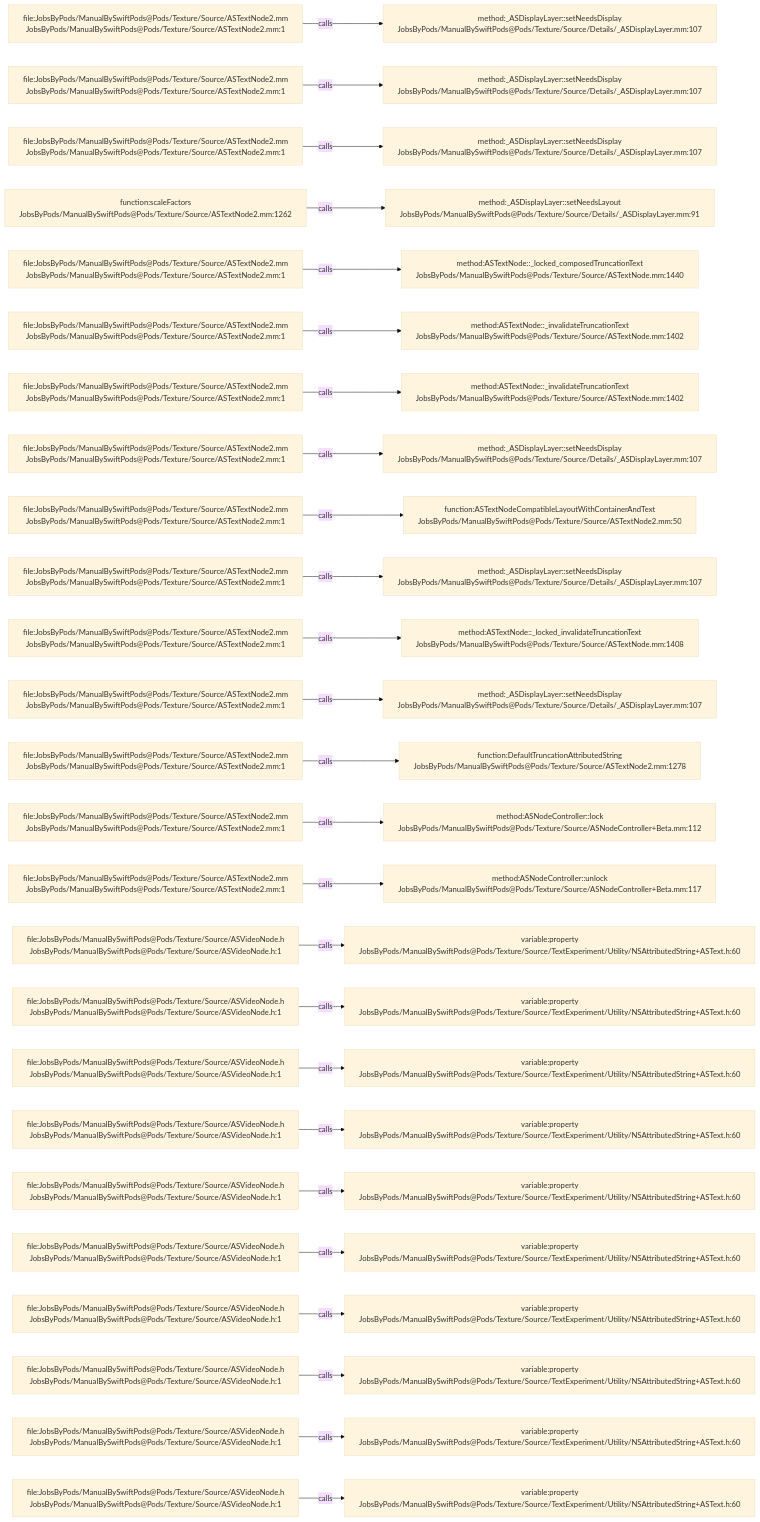
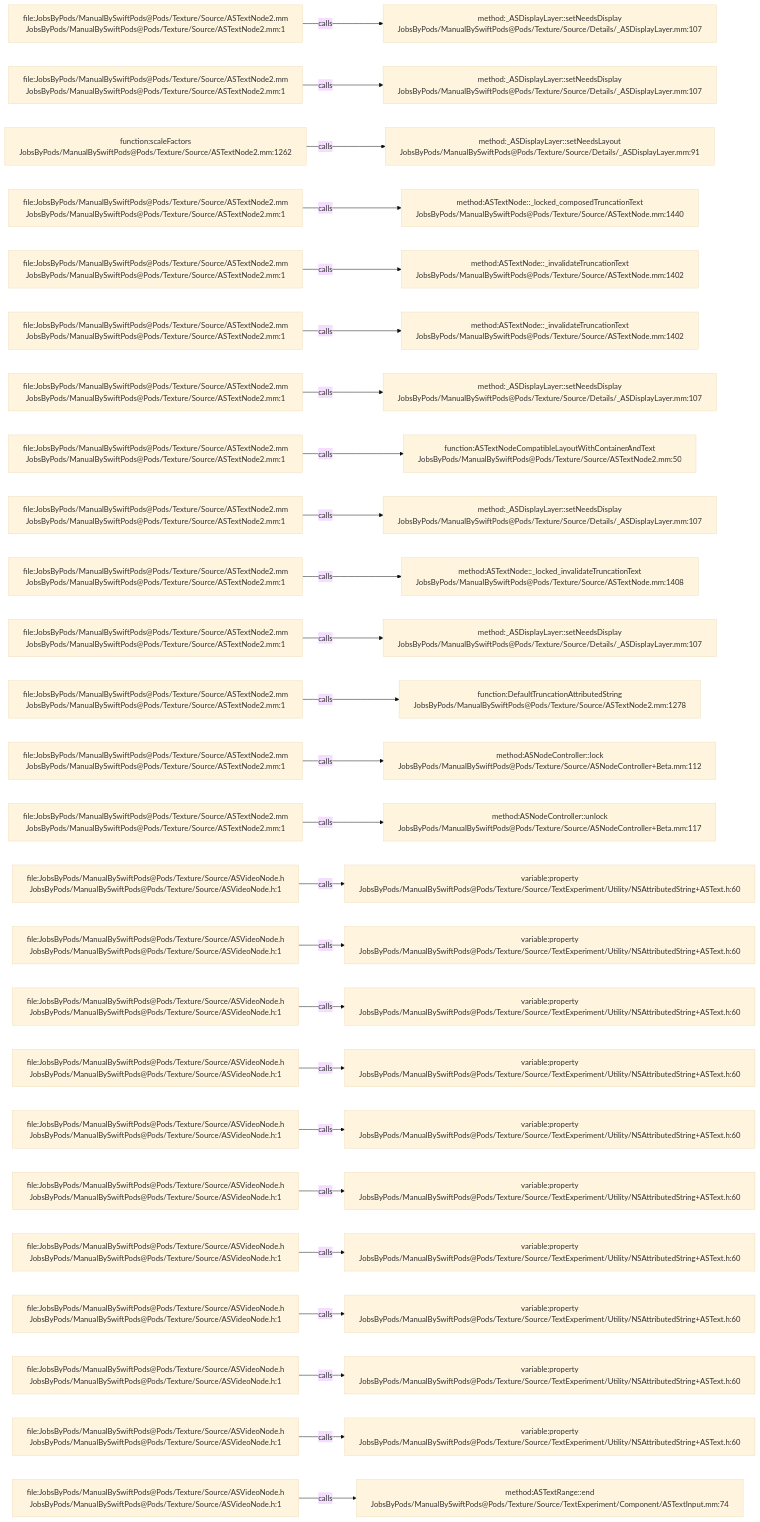
Before and after one commit to JobsKits/JobsSwiftBaseConfigDemo: the diagram in .codegraph/codegraph.md/graphs/calls-073.md, drawn with Mermaid (base theme). The commit also changed 747 other files, not shown here.

````diff
--- a/.codegraph/codegraph.md/graphs/calls-073.md
+++ b/.codegraph/codegraph.md/graphs/calls-073.md
@@ -13,78 +13,78 @@
 ```mermaid
 flowchart LR
   S1["file:JobsByPods/ManualBySwiftPods@Pods/Texture/Source/ASTextNode2.mm<br/>JobsByPods/ManualBySwiftPods@Pods/Texture/Source/ASTextNode2.mm:1"]
   T1["method:_ASDisplayLayer::setNeedsDisplay<br/>JobsByPods/ManualBySwiftPods@Pods/Texture/Source/Details/_ASDisplayLayer.mm:107"]
   S1 -->|calls| T1
   S2["file:JobsByPods/ManualBySwiftPods@Pods/Texture/Source/ASTextNode2.mm<br/>JobsByPods/ManualBySwiftPods@Pods/Texture/Source/ASTextNode2.mm:1"]
   T2["method:_ASDisplayLayer::setNeedsDisplay<br/>JobsByPods/ManualBySwiftPods@Pods/Texture/Source/Details/_ASDisplayLayer.mm:107"]
   S2 -->|calls| T2
-  S3["file:JobsByPods/ManualBySwiftPods@Pods/Texture/Source/ASTextNode2.mm<br/>JobsByPods/ManualBySwiftPods@Pods/Texture/Source/ASTextNode2.mm:1"]
-  T3["method:_ASDisplayLayer::setNeedsDisplay<br/>JobsByPods/ManualBySwiftPods@Pods/Texture/Source/Details/_ASDisplayLayer.mm:107"]
+  S3["function:scaleFactors<br/>JobsByPods/ManualBySwiftPods@Pods/Texture/Source/ASTextNode2.mm:1262"]
+  T3["method:_ASDisplayLayer::setNeedsLayout<br/>JobsByPods/ManualBySwiftPods@Pods/Texture/Source/Details/_ASDisplayLayer.mm:91"]
   S3 -->|calls| T3
-  S4["function:scaleFactors<br/>JobsByPods/ManualBySwiftPods@Pods/Texture/Source/ASTextNode2.mm:1262"]
-  T4["method:_ASDisplayLayer::setNeedsLayout<br/>JobsByPods/ManualBySwiftPods@Pods/Texture/Source/Details/_ASDisplayLayer.mm:91"]
+  S4["file:JobsByPods/ManualBySwiftPods@Pods/Texture/Source/ASTextNode2.mm<br/>JobsByPods/ManualBySwiftPods@Pods/Texture/Source/ASTextNode2.mm:1"]
+  T4["method:ASTextNode::_locked_composedTruncationText<br/>JobsByPods/ManualBySwiftPods@Pods/Texture/Source/ASTextNode.mm:1440"]
   S4 -->|calls| T4
   S5["file:JobsByPods/ManualBySwiftPods@Pods/Texture/Source/ASTextNode2.mm<br/>JobsByPods/ManualBySwiftPods@Pods/Texture/Source/ASTextNode2.mm:1"]
-  T5["method:ASTextNode::_locked_composedTruncationText<br/>JobsByPods/ManualBySwiftPods@Pods/Texture/Source/ASTextNode.mm:1440"]
+  T5["method:ASTextNode::_invalidateTruncationText<br/>JobsByPods/ManualBySwiftPods@Pods/Texture/Source/ASTextNode.mm:1402"]
   S5 -->|calls| T5
   S6["file:JobsByPods/ManualBySwiftPods@Pods/Texture/Source/ASTextNode2.mm<br/>JobsByPods/ManualBySwiftPods@Pods/Texture/Source/ASTextNode2.mm:1"]
   T6["method:ASTextNode::_invalidateTruncationText<br/>JobsByPods/ManualBySwiftPods@Pods/Texture/Source/ASTextNode.mm:1402"]
   S6 -->|calls| T6
   S7["file:JobsByPods/ManualBySwiftPods@Pods/Texture/Source/ASTextNode2.mm<br/>JobsByPods/ManualBySwiftPods@Pods/Texture/Source/ASTextNode2.mm:1"]
-  T7["method:ASTextNode::_invalidateTruncationText<br/>JobsByPods/ManualBySwiftPods@Pods/Texture/Source/ASTextNode.mm:1402"]
+  T7["method:_ASDisplayLayer::setNeedsDisplay<br/>JobsByPods/ManualBySwiftPods@Pods/Texture/Source/Details/_ASDisplayLayer.mm:107"]
   S7 -->|calls| T7
   S8["file:JobsByPods/ManualBySwiftPods@Pods/Texture/Source/ASTextNode2.mm<br/>JobsByPods/ManualBySwiftPods@Pods/Texture/Source/ASTextNode2.mm:1"]
-  T8["method:_ASDisplayLayer::setNeedsDisplay<br/>JobsByPods/ManualBySwiftPods@Pods/Texture/Source/Details/_ASDisplayLayer.mm:107"]
+  T8["function:ASTextNodeCompatibleLayoutWithContainerAndText<br/>JobsByPods/ManualBySwiftPods@Pods/Texture/Source/ASTextNode2.mm:50"]
   S8 -->|calls| T8
   S9["file:JobsByPods/ManualBySwiftPods@Pods/Texture/Source/ASTextNode2.mm<br/>JobsByPods/ManualBySwiftPods@Pods/Texture/Source/ASTextNode2.mm:1"]
-  T9["function:ASTextNodeCompatibleLayoutWithContainerAndText<br/>JobsByPods/ManualBySwiftPods@Pods/Texture/Source/ASTextNode2.mm:50"]
+  T9["method:_ASDisplayLayer::setNeedsDisplay<br/>JobsByPods/ManualBySwiftPods@Pods/Texture/Source/Details/_ASDisplayLayer.mm:107"]
   S9 -->|calls| T9
   S10["file:JobsByPods/ManualBySwiftPods@Pods/Texture/Source/ASTextNode2.mm<br/>JobsByPods/ManualBySwiftPods@Pods/Texture/Source/ASTextNode2.mm:1"]
-  T10["method:_ASDisplayLayer::setNeedsDisplay<br/>JobsByPods/ManualBySwiftPods@Pods/Texture/Source/Details/_ASDisplayLayer.mm:107"]
+  T10["method:ASTextNode::_locked_invalidateTruncationText<br/>JobsByPods/ManualBySwiftPods@Pods/Texture/Source/ASTextNode.mm:1408"]
   S10 -->|calls| T10
   S11["file:JobsByPods/ManualBySwiftPods@Pods/Texture/Source/ASTextNode2.mm<br/>JobsByPods/ManualBySwiftPods@Pods/Texture/Source/ASTextNode2.mm:1"]
-  T11["method:ASTextNode::_locked_invalidateTruncationText<br/>JobsByPods/ManualBySwiftPods@Pods/Texture/Source/ASTextNode.mm:1408"]
+  T11["method:_ASDisplayLayer::setNeedsDisplay<br/>JobsByPods/ManualBySwiftPods@Pods/Texture/Source/Details/_ASDisplayLayer.mm:107"]
   S11 -->|calls| T11
   S12["file:JobsByPods/ManualBySwiftPods@Pods/Texture/Source/ASTextNode2.mm<br/>JobsByPods/ManualBySwiftPods@Pods/Texture/Source/ASTextNode2.mm:1"]
-  T12["method:_ASDisplayLayer::setNeedsDisplay<br/>JobsByPods/ManualBySwiftPods@Pods/Texture/Source/Details/_ASDisplayLayer.mm:107"]
+  T12["function:DefaultTruncationAttributedString<br/>JobsByPods/ManualBySwiftPods@Pods/Texture/Source/ASTextNode2.mm:1278"]
   S12 -->|calls| T12
   S13["file:JobsByPods/ManualBySwiftPods@Pods/Texture/Source/ASTextNode2.mm<br/>JobsByPods/ManualBySwiftPods@Pods/Texture/Source/ASTextNode2.mm:1"]
-  T13["function:DefaultTruncationAttributedString<br/>JobsByPods/ManualBySwiftPods@Pods/Texture/Source/ASTextNode2.mm:1278"]
+  T13["method:ASNodeController::lock<br/>JobsByPods/ManualBySwiftPods@Pods/Texture/Source/ASNodeController+Beta.mm:112"]
   S13 -->|calls| T13
   S14["file:JobsByPods/ManualBySwiftPods@Pods/Texture/Source/ASTextNode2.mm<br/>JobsByPods/ManualBySwiftPods@Pods/Texture/Source/ASTextNode2.mm:1"]
-  T14["method:ASNodeController::lock<br/>JobsByPods/ManualBySwiftPods@Pods/Texture/Source/ASNodeController+Beta.mm:112"]
+  T14["method:ASNodeController::unlock<br/>JobsByPods/ManualBySwiftPods@Pods/Texture/Source/ASNodeController+Beta.mm:117"]
   S14 -->|calls| T14
-  S15["file:JobsByPods/ManualBySwiftPods@Pods/Texture/Source/ASTextNode2.mm<br/>JobsByPods/ManualBySwiftPods@Pods/Texture/Source/ASTextNode2.mm:1"]
-  T15["method:ASNodeController::unlock<br/>JobsByPods/ManualBySwiftPods@Pods/Texture/Source/ASNodeController+Beta.mm:117"]
+  S15["file:JobsByPods/ManualBySwiftPods@Pods/Texture/Source/ASVideoNode.h<br/>JobsByPods/ManualBySwiftPods@Pods/Texture/Source/ASVideoNode.h:1"]
+  T15["variable:property<br/>JobsByPods/ManualBySwiftPods@Pods/Texture/Source/TextExperiment/Utility/NSAttributedString+ASText.h:60"]
   S15 -->|calls| T15
   S16["file:JobsByPods/ManualBySwiftPods@Pods/Texture/Source/ASVideoNode.h<br/>JobsByPods/ManualBySwiftPods@Pods/Texture/Source/ASVideoNode.h:1"]
   T16["variable:property<br/>JobsByPods/ManualBySwiftPods@Pods/Texture/Source/TextExperiment/Utility/NSAttributedString+ASText.h:60"]
   S16 -->|calls| T16
   S17["file:JobsByPods/ManualBySwiftPods@Pods/Texture/Source/ASVideoNode.h<br/>JobsByPods/ManualBySwiftPods@Pods/Texture/Source/ASVideoNode.h:1"]
   T17["variable:property<br/>JobsByPods/ManualBySwiftPods@Pods/Texture/Source/TextExperiment/Utility/NSAttributedString+ASText.h:60"]
   S17 -->|calls| T17
   S18["file:JobsByPods/ManualBySwiftPods@Pods/Texture/Source/ASVideoNode.h<br/>JobsByPods/ManualBySwiftPods@Pods/Texture/Source/ASVideoNode.h:1"]
   T18["variable:property<br/>JobsByPods/ManualBySwiftPods@Pods/Texture/Source/TextExperiment/Utility/NSAttributedString+ASText.h:60"]
   S18 -->|calls| T18
   S19["file:JobsByPods/ManualBySwiftPods@Pods/Texture/Source/ASVideoNode.h<br/>JobsByPods/ManualBySwiftPods@Pods/Texture/Source/ASVideoNode.h:1"]
   T19["variable:property<br/>JobsByPods/ManualBySwiftPods@Pods/Texture/Source/TextExperiment/Utility/NSAttributedString+ASText.h:60"]
   S19 -->|calls| T19
   S20["file:JobsByPods/ManualBySwiftPods@Pods/Texture/Source/ASVideoNode.h<br/>JobsByPods/ManualBySwiftPods@Pods/Texture/Source/ASVideoNode.h:1"]
   T20["variable:property<br/>JobsByPods/ManualBySwiftPods@Pods/Texture/Source/TextExperiment/Utility/NSAttributedString+ASText.h:60"]
   S20 -->|calls| T20
   S21["file:JobsByPods/ManualBySwiftPods@Pods/Texture/Source/ASVideoNode.h<br/>JobsByPods/ManualBySwiftPods@Pods/Texture/Source/ASVideoNode.h:1"]
   T21["variable:property<br/>JobsByPods/ManualBySwiftPods@Pods/Texture/Source/TextExperiment/Utility/NSAttributedString+ASText.h:60"]
   S21 -->|calls| T21
   S22["file:JobsByPods/ManualBySwiftPods@Pods/Texture/Source/ASVideoNode.h<br/>JobsByPods/ManualBySwiftPods@Pods/Texture/Source/ASVideoNode.h:1"]
   T22["variable:property<br/>JobsByPods/ManualBySwiftPods@Pods/Texture/Source/TextExperiment/Utility/NSAttributedString+ASText.h:60"]
   S22 -->|calls| T22
   S23["file:JobsByPods/ManualBySwiftPods@Pods/Texture/Source/ASVideoNode.h<br/>JobsByPods/ManualBySwiftPods@Pods/Texture/Source/ASVideoNode.h:1"]
   T23["variable:property<br/>JobsByPods/ManualBySwiftPods@Pods/Texture/Source/TextExperiment/Utility/NSAttributedString+ASText.h:60"]
   S23 -->|calls| T23
   S24["file:JobsByPods/ManualBySwiftPods@Pods/Texture/Source/ASVideoNode.h<br/>JobsByPods/ManualBySwiftPods@Pods/Texture/Source/ASVideoNode.h:1"]
   T24["variable:property<br/>JobsByPods/ManualBySwiftPods@Pods/Texture/Source/TextExperiment/Utility/NSAttributedString+ASText.h:60"]
   S24 -->|calls| T24
   S25["file:JobsByPods/ManualBySwiftPods@Pods/Texture/Source/ASVideoNode.h<br/>JobsByPods/ManualBySwiftPods@Pods/Texture/Source/ASVideoNode.h:1"]
-  T25["variable:property<br/>JobsByPods/ManualBySwiftPods@Pods/Texture/Source/TextExperiment/Utility/NSAttributedString+ASText.h:60"]
+  T25["method:ASTextRange::end<br/>JobsByPods/ManualBySwiftPods@Pods/Texture/Source/TextExperiment/Component/ASTextInput.mm:74"]
   S25 -->|calls| T25
 ```
````
